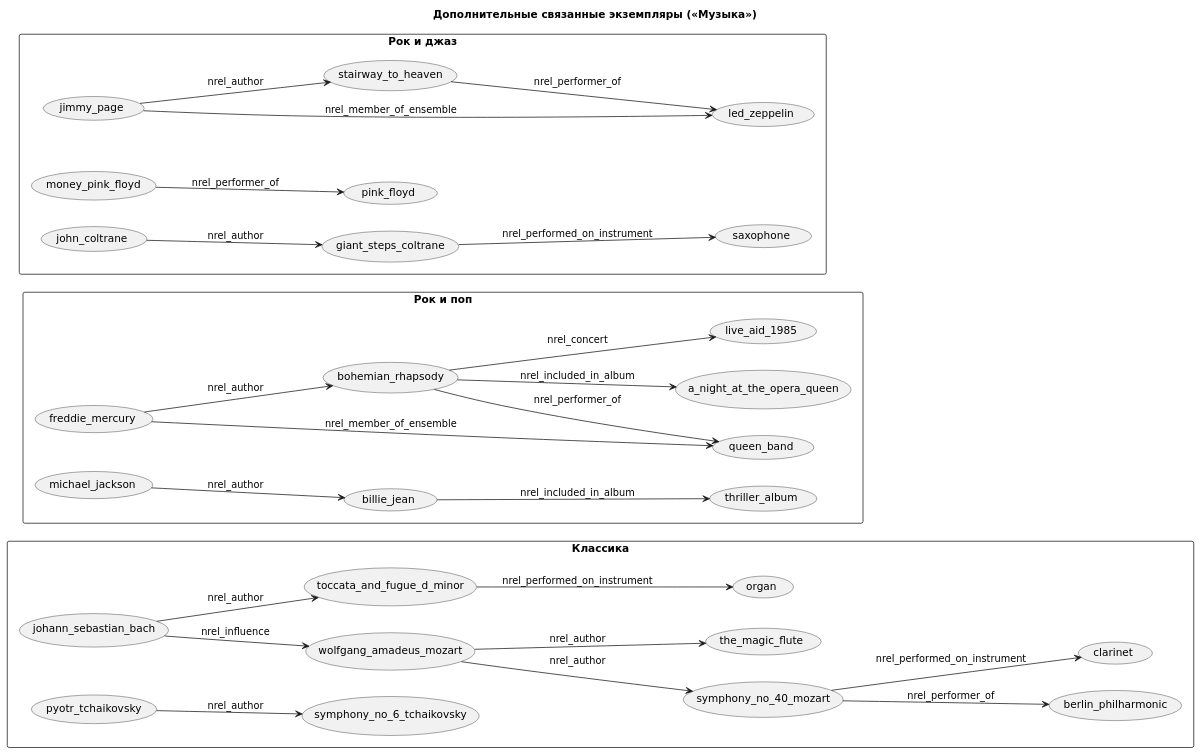
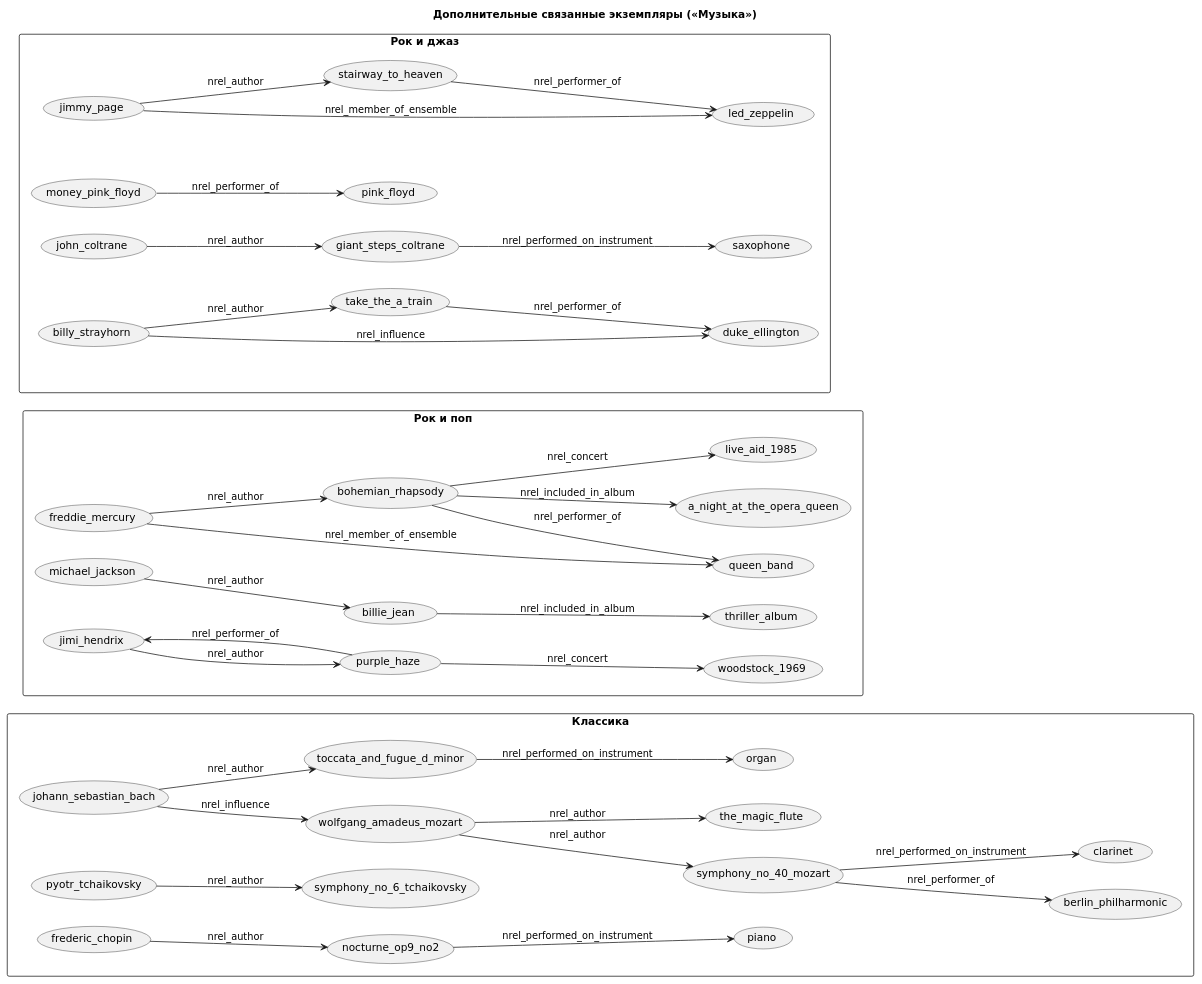
One commit to lvalukvlad/BSUIR_LABS changed the diagram in course-4-1/TiISPIS/labs/lab1/tiispis-report-1/plantuml/03_facts_more.puml. Above: the diagram before and after it, drawn with PlantUML. The commit also changed 18 other files, not shown here.

```diff
--- a/course-4-1/TiISPIS/labs/lab1/tiispis-report-1/plantuml/03_facts_more.puml
+++ b/course-4-1/TiISPIS/labs/lab1/tiispis-report-1/plantuml/03_facts_more.puml
@@ -1,64 +1,81 @@
 @startuml
 skinparam defaultFontName DejaVu Sans
 skinparam shadowing false
 left to right direction
 
 title Дополнительные связанные экземпляры («Музыка»)
 
 rectangle "Классика" {
   (johann_sebastian_bach) as bach
   (wolfgang_amadeus_mozart) as moz
   (pyotr_tchaikovsky) as tch
   (toccata_and_fugue_d_minor) as toc
   (symphony_no_40_mozart) as s40
   (the_magic_flute) as fl
   (symphony_no_6_tchaikovsky) as s6
   (berlin_philharmonic) as bp
   (organ) as organ
   (clarinet) as cl
+  (piano) as pno
   bach --> toc : nrel_author
   bach --> moz : nrel_influence
   moz --> s40 : nrel_author
   moz --> fl : nrel_author
   tch --> s6 : nrel_author
+  (frederic_chopin) as ch
+  (nocturne_op9_no2) as noc
   toc --> organ : nrel_performed_on_instrument
   s40 --> bp : nrel_performer_of
   s40 --> cl : nrel_performed_on_instrument
+  ch --> noc : nrel_author
+  noc --> pno : nrel_performed_on_instrument
 }
 
 rectangle "Рок и поп" {
   (freddie_mercury) as fm
   (queen_band) as qn
   (bohemian_rhapsody) as br
   (a_night_at_the_opera_queen) as an
   (live_aid_1985) as la
   (michael_jackson) as mj
   (billie_jean) as bj
   (thriller_album) as th
   fm --> qn : nrel_member_of_ensemble
   fm --> br : nrel_author
   br --> an : nrel_included_in_album
   br --> qn : nrel_performer_of
   br --> la : nrel_concert
+  (jimi_hendrix) as jh
+  (purple_haze) as ph
+  (woodstock_1969) as ws
   mj --> bj : nrel_author
   bj --> th : nrel_included_in_album
+  jh --> ph : nrel_author
+  ph --> jh : nrel_performer_of
+  ph --> ws : nrel_concert
 }
 
 rectangle "Рок и джаз" {
   (jimmy_page) as jp
   (led_zeppelin) as lz
   (stairway_to_heaven) as st
   (pink_floyd) as pf
   (money_pink_floyd) as mn
   (john_coltrane) as jc
   (giant_steps_coltrane) as gs
   (saxophone) as sax
+  (duke_ellington) as de
+  (billy_strayhorn) as bs
+  (take_the_a_train) as atrain
   jp --> lz : nrel_member_of_ensemble
   jp --> st : nrel_author
   st --> lz : nrel_performer_of
   mn --> pf : nrel_performer_of
   jc --> gs : nrel_author
   gs --> sax : nrel_performed_on_instrument
+  bs --> de : nrel_influence
+  bs --> atrain : nrel_author
+  atrain --> de : nrel_performer_of
 }
 
 @enduml
```
